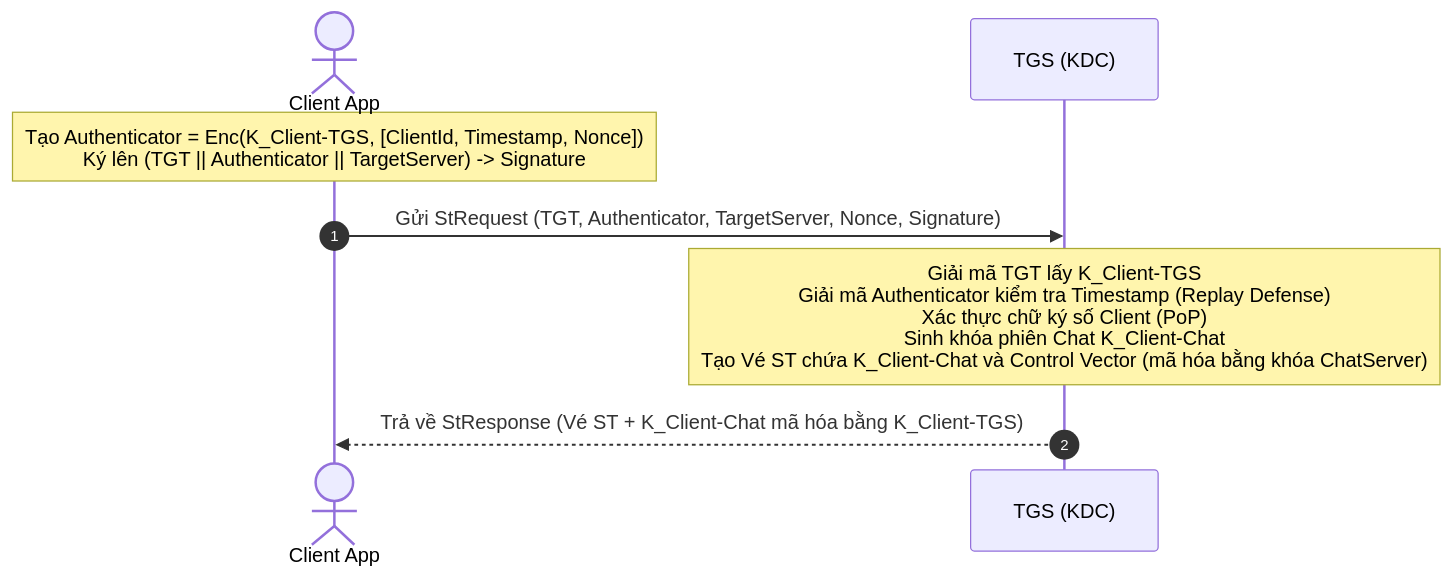
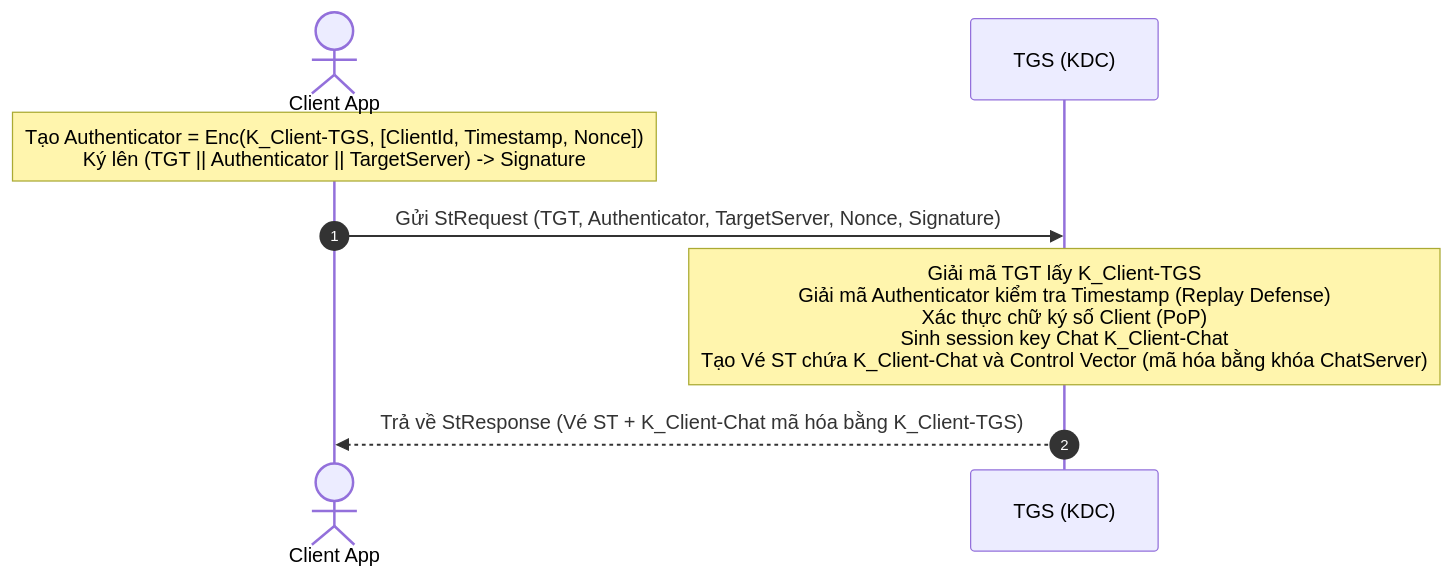
The fourth of 5 diagrams in README.md (zeus058/MHUD_LAB), drawn with Mermaid before and after one commit. The commit also changed other lines of this file, not shown here.

Commit message:
docs: unify key terminology to private and public key in README.md

````diff
--- a/README.md
+++ b/README.md
@@ -248,11 +248,11 @@
 ```mermaid
 sequenceDiagram
     autonumber
     actor Client as Client App
     participant TGS as TGS (KDC)
     
     Note over Client: Tạo Authenticator = Enc(K_Client-TGS, [ClientId, Timestamp, Nonce])<br/>Ký lên (TGT || Authenticator || TargetServer) -> Signature
     Client->>TGS: Gửi StRequest (TGT, Authenticator, TargetServer, Nonce, Signature)
-    Note over TGS: Giải mã TGT lấy K_Client-TGS<br/>Giải mã Authenticator kiểm tra Timestamp (Replay Defense)<br/>Xác thực chữ ký số Client (PoP)<br/>Sinh khóa phiên Chat K_Client-Chat<br/>Tạo Vé ST chứa K_Client-Chat và Control Vector (mã hóa bằng khóa ChatServer)
+    Note over TGS: Giải mã TGT lấy K_Client-TGS<br/>Giải mã Authenticator kiểm tra Timestamp (Replay Defense)<br/>Xác thực chữ ký số Client (PoP)<br/>Sinh session key Chat K_Client-Chat<br/>Tạo Vé ST chứa K_Client-Chat và Control Vector (mã hóa bằng khóa ChatServer)
     TGS-->>Client: Trả về StResponse (Vé ST + K_Client-Chat mã hóa bằng K_Client-TGS)
 ```
````
